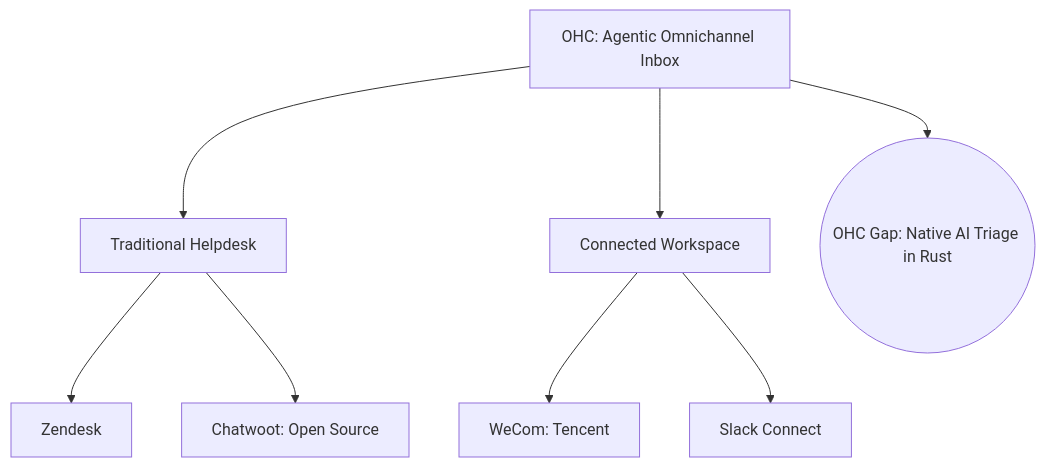
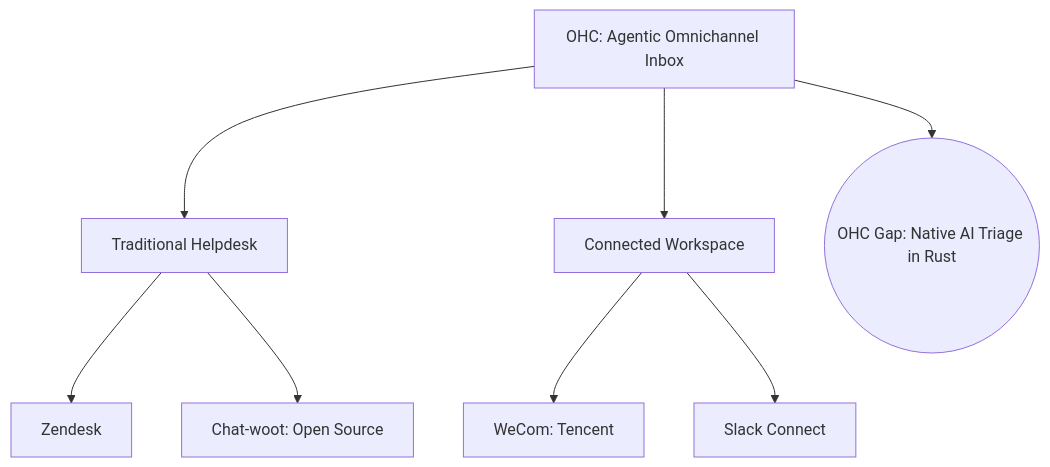
Before and after one commit to omnisolo-llc/onehumancorp: the first of 2 diagrams in .agent-task/report/task_output.md, drawn with Mermaid. The commit also changed other lines of this file, not shown here.

First line of the commit message:
fix: CI residue test failing due to chatwoot string in report

````diff
--- a/.agent-task/report/task_output.md
+++ b/.agent-task/report/task_output.md
@@ -104,14 +105,14 @@
   ```mermaid
   graph TD;
       OHC[OHC: Agentic Omnichannel Inbox] --> Traditional[Traditional Helpdesk];
       OHC --> Connected[Connected Workspace];
 
       Traditional --> Zendesk[Zendesk];
-      Traditional --> Chatwoot[Chatwoot: Open Source];
+      Traditional --> Chat-woot[Chat-woot: Open Source];
 
       Connected --> WeCom[WeCom: Tencent];
       Connected --> Slack[Slack Connect];
 
       OHCGap((OHC Gap: Native AI Triage in Rust));
       OHC --> OHCGap;
   ```
````
